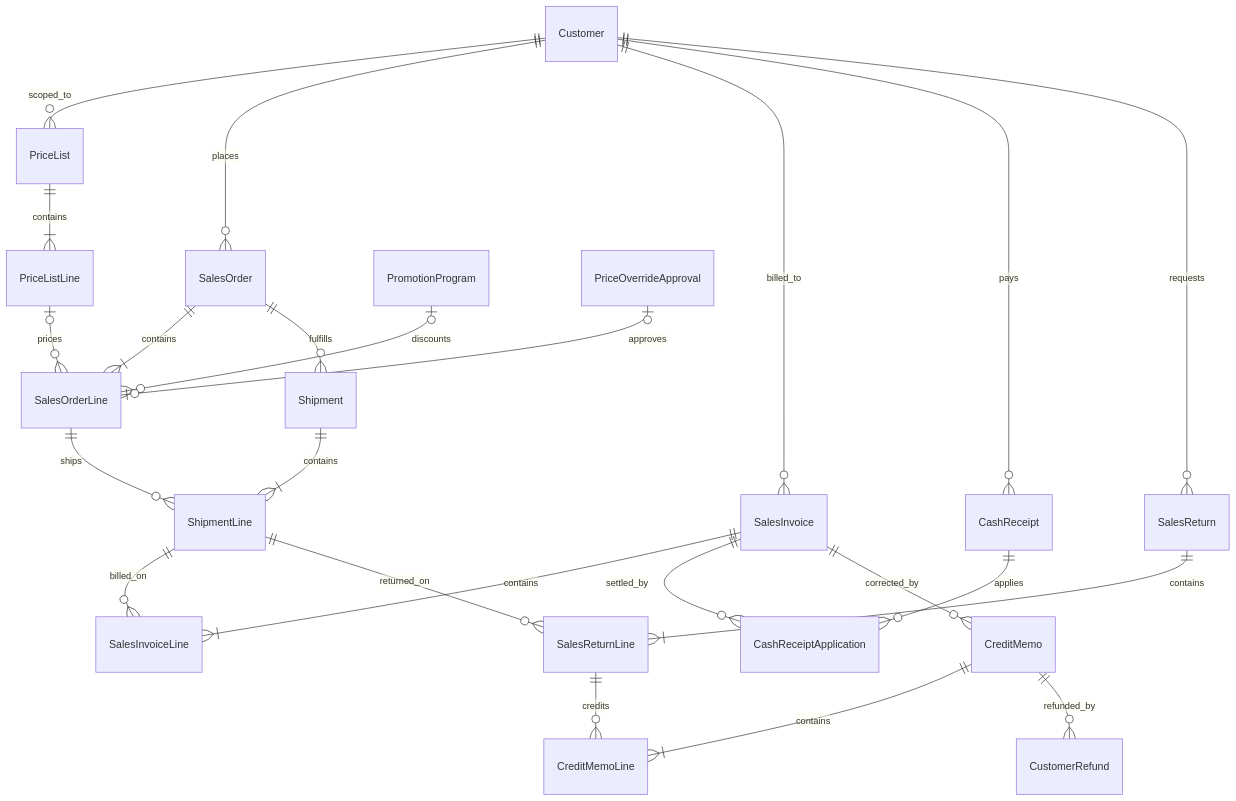
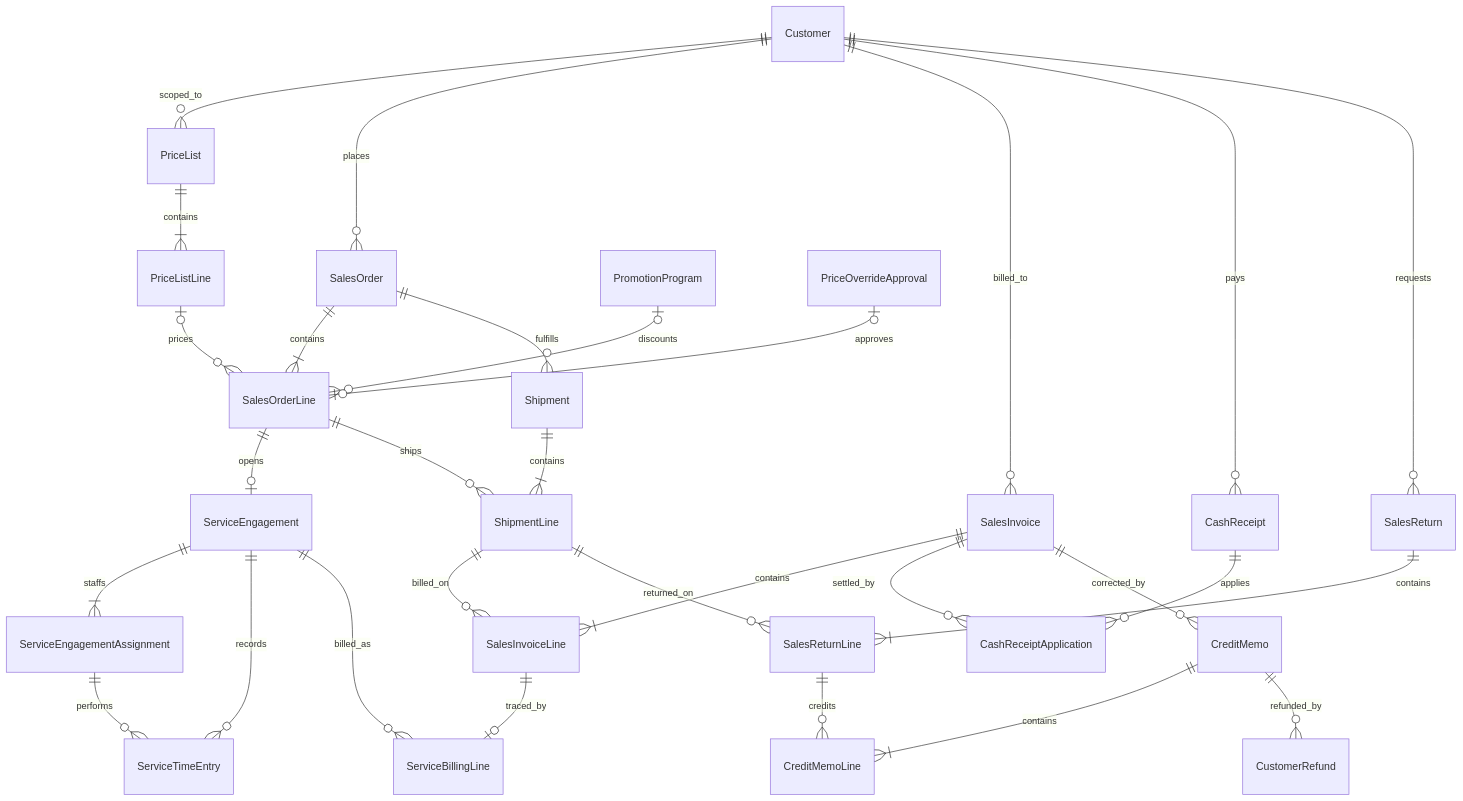
Before and after one commit to mmcodesso/greenfield_database: the third of 9 diagrams in docs/reference/schema.md, drawn with Mermaid. The commit also changed other lines of this file and 38 other files, not shown here.

````diff
--- a/docs/reference/schema.md
+++ b/docs/reference/schema.md
@@ -120,26 +121,32 @@
 ```mermaid
 erDiagram
     Customer ||--o{ PriceList : scoped_to
     Customer ||--o{ SalesOrder : places
     Customer ||--o{ SalesInvoice : billed_to
     Customer ||--o{ CashReceipt : pays
     Customer ||--o{ SalesReturn : requests
     PriceList ||--|{ PriceListLine : contains
     SalesOrder ||--|{ SalesOrderLine : contains
     PriceListLine o|--o{ SalesOrderLine : prices
     PromotionProgram o|--o{ SalesOrderLine : discounts
     PriceOverrideApproval o|--o| SalesOrderLine : approves
+    SalesOrderLine ||--o| ServiceEngagement : opens
+    ServiceEngagement ||--|{ ServiceEngagementAssignment : staffs
+    ServiceEngagement ||--o{ ServiceTimeEntry : records
+    ServiceEngagementAssignment ||--o{ ServiceTimeEntry : performs
     SalesOrder ||--o{ Shipment : fulfills
     SalesOrderLine ||--o{ ShipmentLine : ships
     Shipment ||--|{ ShipmentLine : contains
     SalesInvoice ||--|{ SalesInvoiceLine : contains
     ShipmentLine ||--o{ SalesInvoiceLine : billed_on
+    ServiceEngagement ||--o{ ServiceBillingLine : billed_as
+    SalesInvoiceLine ||--o| ServiceBillingLine : traced_by
     CashReceipt ||--o{ CashReceiptApplication : applies
     SalesInvoice ||--o{ CashReceiptApplication : settled_by
     SalesReturn ||--|{ SalesReturnLine : contains
     ShipmentLine ||--o{ SalesReturnLine : returned_on
     SalesInvoice ||--o{ CreditMemo : corrected_by
     CreditMemo ||--|{ CreditMemoLine : contains
     SalesReturnLine ||--o{ CreditMemoLine : credits
     CreditMemo ||--o{ CustomerRefund : refunded_by
 ```
````
